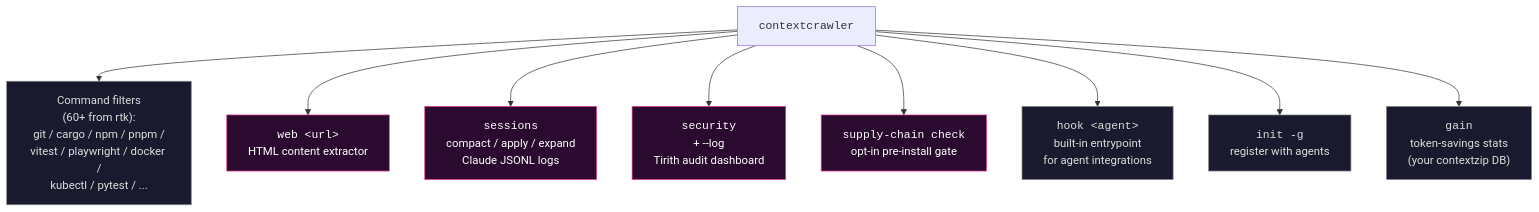
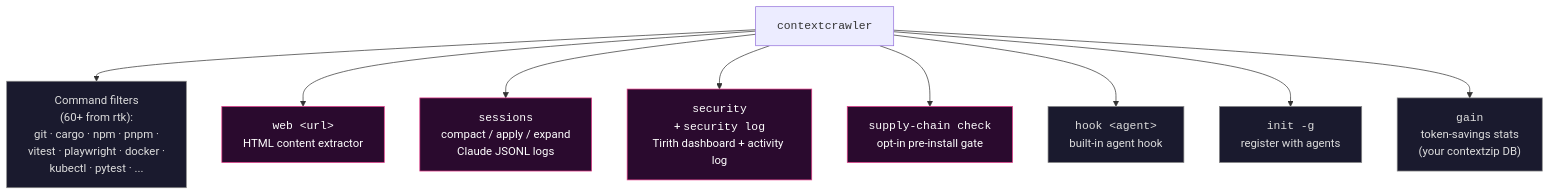
Before and after one commit to noogalabs/contextcrawler: the third of 3 diagrams in README.md, drawn with Mermaid. The commit also changed other lines of this file, not shown here.

First line of the commit message:
docs(readme): add Goal + Features sections, collapse diagrams, TB orient

````diff
--- a/README.md
+++ b/README.md
@@ -88,18 +128,18 @@
 ```mermaid
 flowchart TB
     BIN["<code>contextcrawler</code>"]
 
-    BIN --> FILTERS["Command filters<br/>(60+ from rtk):<br/>git / cargo / npm / pnpm /<br/>vitest / playwright / docker /<br/>kubectl / pytest / ..."]
+    BIN --> FILTERS["Command filters<br/>(60+ from rtk):<br/>git · cargo · npm · pnpm ·<br/>vitest · playwright · docker ·<br/>kubectl · pytest · ..."]
     BIN --> WEB["<code>web &lt;url&gt;</code><br/>HTML content extractor"]
     BIN --> SESSIONS["<code>sessions</code><br/>compact / apply / expand<br/>Claude JSONL logs"]
-    BIN --> SECURITY["<code>security</code><br/>+ --log<br/>Tirith audit dashboard"]
+    BIN --> SECURITY["<code>security</code><br/>+ <code>security log</code><br/>Tirith dashboard + activity log"]
     BIN --> SUPPLY["<code>supply-chain check</code><br/>opt-in pre-install gate"]
-    BIN --> HOOK_SUB["<code>hook &lt;agent&gt;</code><br/>built-in entrypoint<br/>for agent integrations"]
+    BIN --> HOOK_SUB["<code>hook &lt;agent&gt;</code><br/>built-in agent hook"]
     BIN --> INIT["<code>init -g</code><br/>register with agents"]
     BIN --> GAIN["<code>gain</code><br/>token-savings stats<br/>(your contextzip DB)"]
 
     classDef new fill:#2a0a2e,stroke:#e83e8c,color:#fff
     classDef inherited fill:#1a1a2e,stroke:#888,color:#ddd
     class WEB,SESSIONS,SECURITY,SUPPLY new
     class FILTERS,HOOK_SUB,INIT,GAIN inherited
 ```
````
